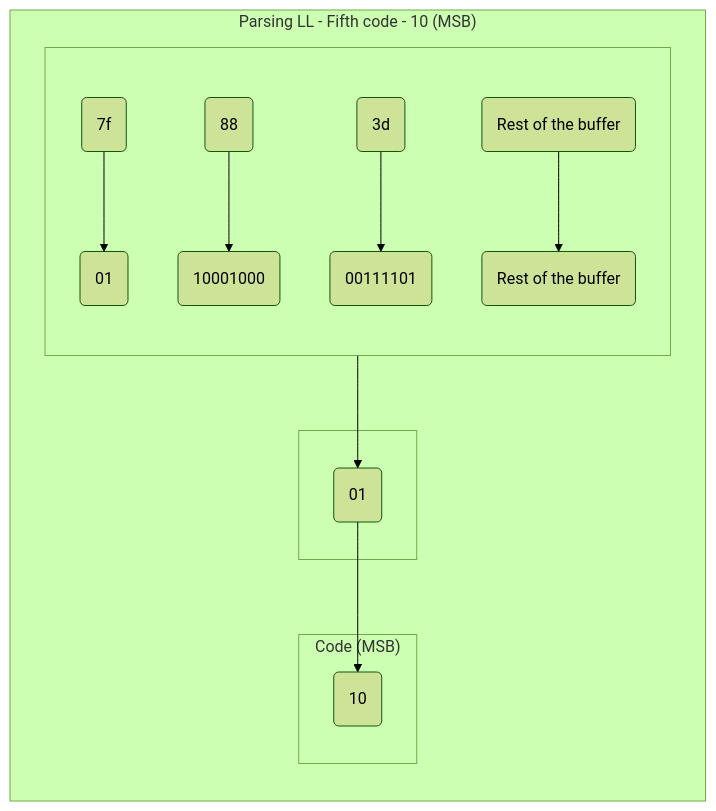
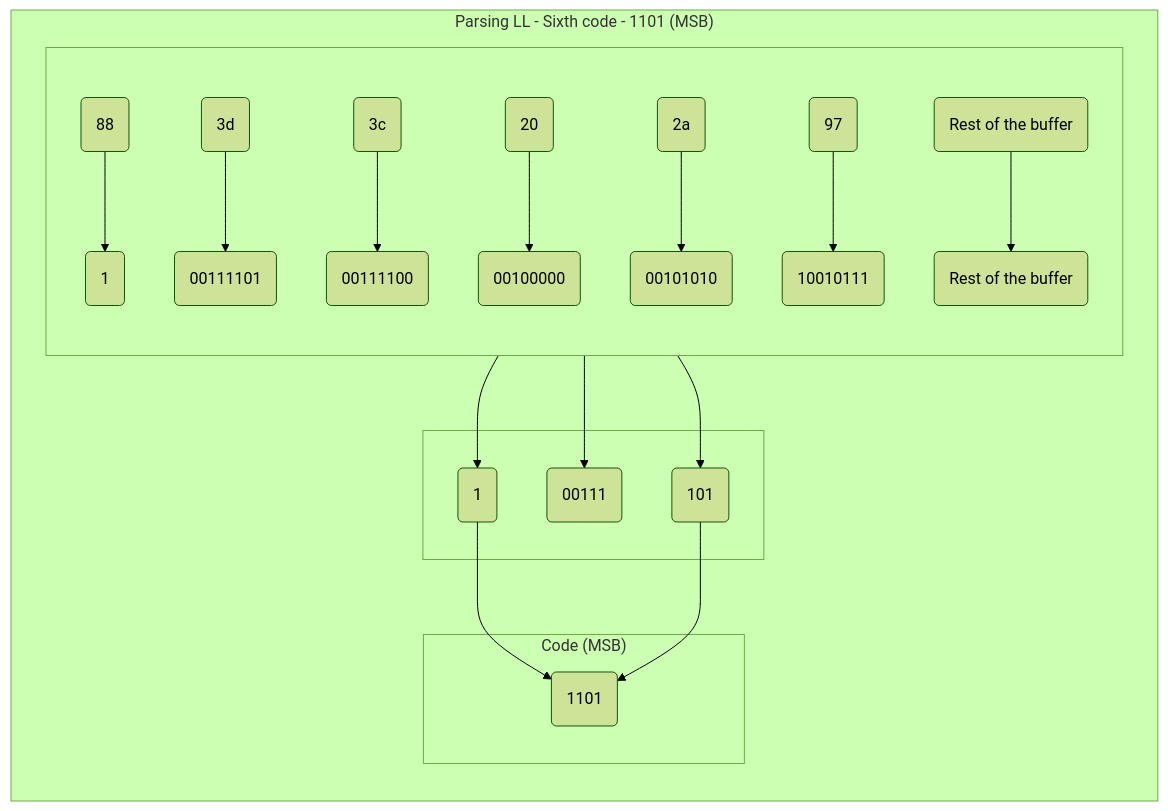
Diagram 19 of 21 in articles/deflate-stream-parser.md (marsp0/marsp0.github.io), drawn with Mermaid before and after one commit. The commit also changed other lines of this file, not shown here.

````diff
--- a/articles/deflate-stream-parser.md
+++ b/articles/deflate-stream-parser.md
@@ -1094,32 +1092,49 @@
 ```mermaid
 %%{init: { 'theme':'forest' } }%%
 graph
-    subgraph "Parsing LL - Fifth code - 10 (MSB)"
+    subgraph "Parsing LL - Sixth code - 1101 (MSB)"
         direction TB
         subgraph " "
             direction TB
-            L(7f)
             M(88)
             N(3d)
-            O("Rest of the buffer")
-            LBF(01)
-            MBF(10001000)
+            O(3c)
+            P(20)
+            Q(2a)
+            R(97)
+            S("Rest of the buffer")
+            MBF(1)
             NBF(00111101)
-            OBF("Rest of the buffer")
+            OBF(00111100)
+            PBF(00100000)
+            QBF(00101010)
+            RBF(10010111)
+            SBF("Rest of the buffer")
         end
         subgraph " "
-            LB(01)
+            MB(1)
+            NB(00111)
+            NBB(101)
         end
         subgraph "Code (MSB)"
-            CA(10)
+            CA(1101)
         end
 
-        L --> LBF
         M --> MBF
         N --> NBF
         O --> OBF
+        P --> PBF
+        Q --> QBF
+        R --> RBF
+        S --> SBF
 
-        LBF --> LB
-        LB --> CA
+        MBF --> MB
+        NBF --> NB
+        NBF --> NBB
+
+        MB --> CA
+        NB ~~~ CA
+        NBB --> CA
     end
+    
 ```
````
